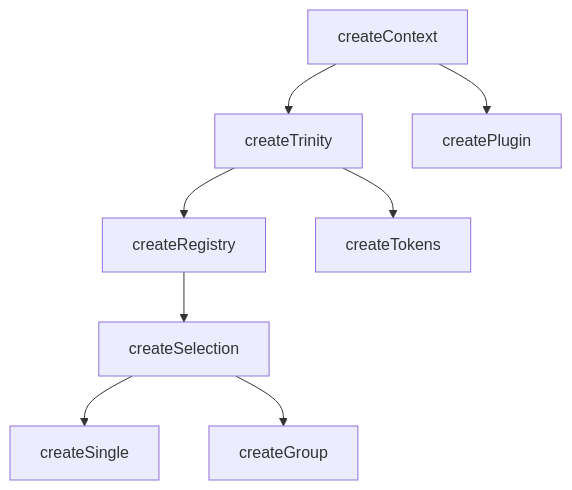
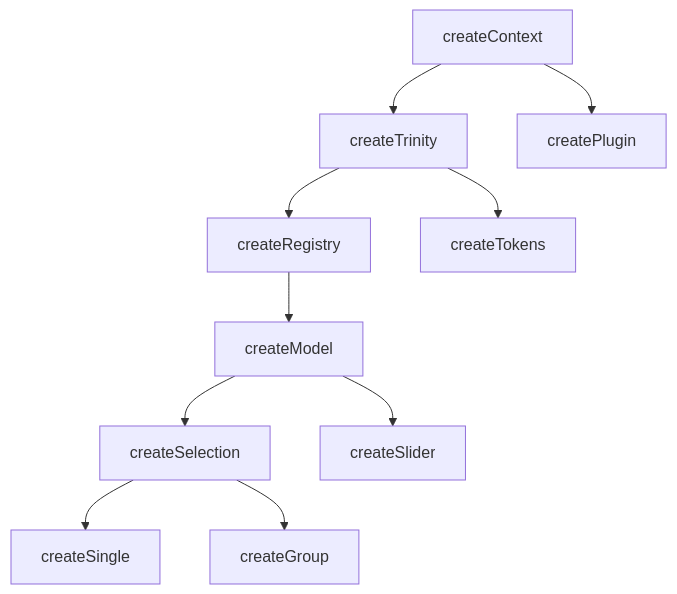
Before and after one commit to vuetifyjs/0: the first of 2 diagrams in apps/docs/src/pages/composables/foundation/create-context.md, drawn with Mermaid.

Commit message:
docs(create-context): add createModel and createSlider to hierarchy diagram

````diff
--- a/apps/docs/src/pages/composables/foundation/create-context.md
+++ b/apps/docs/src/pages/composables/foundation/create-context.md
@@ -53,10 +53,12 @@
 ```mermaid "Context Hierarchy"
 flowchart TD
   createContext:::primary --> createTrinity
   createContext --> createPlugin
   createTrinity --> createRegistry
   createTrinity --> createTokens
-  createRegistry --> createSelection
+  createRegistry --> createModel
+  createModel --> createSelection
+  createModel --> createSlider
   createSelection --> createSingle
   createSelection --> createGroup
 ```
````
